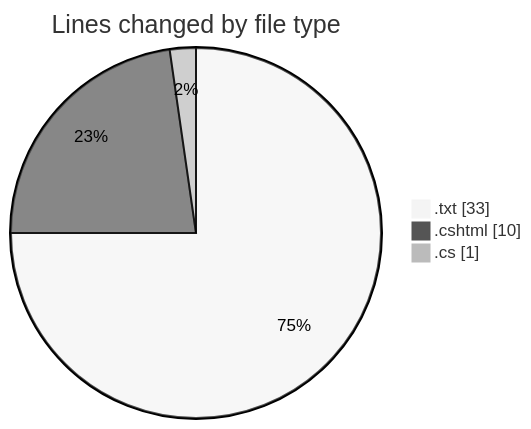
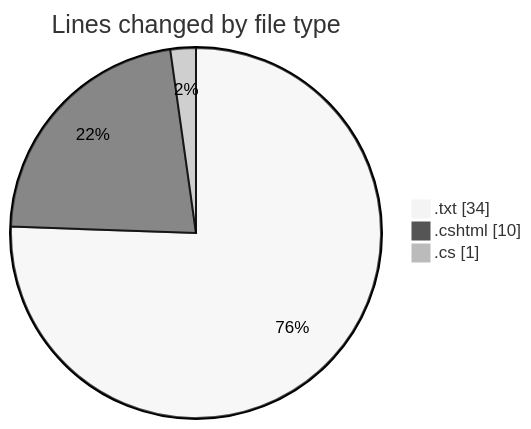
The first of 2 diagrams in 2025-07-25/quanlyrapchieuphim-1/README.md (lephambinh05/code-tracking), drawn with Mermaid (neutral theme) before and after one commit. The commit also changed other lines of this file and 1 other file, not shown here.

````diff
--- a/2025-07-25/quanlyrapchieuphim-1/README.md
+++ b/2025-07-25/quanlyrapchieuphim-1/README.md
@@ -22,7 +22,7 @@
 ```mermaid
 pie showData
 title Lines changed by file type
-".txt" : 33
+".txt" : 34
 ".cshtml" : 10
 ".cs" : 1
 ```
````
